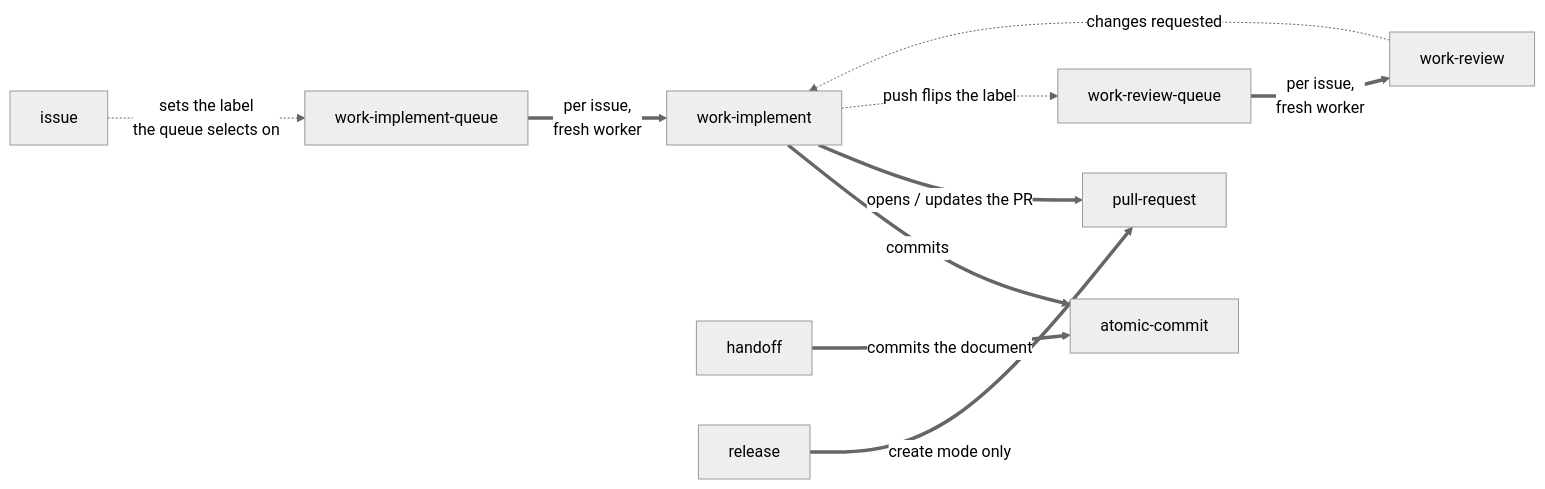
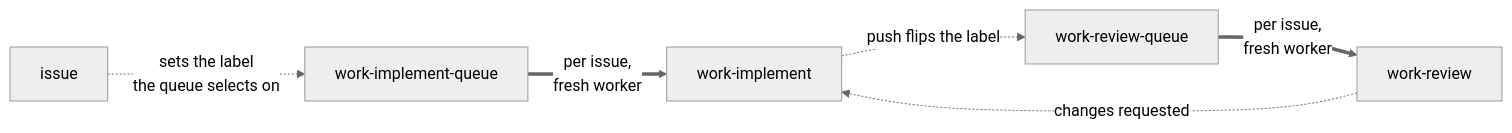
The second of 3 diagrams in docs/3.concepts/1.skill-interplay.md (TitusKirch/skills), drawn with Mermaid (neutral theme) before and after one commit. The commit also changed other lines of this file and 2 other files, not shown here.

Commit message:
docs: untangle the remaining diagram overlaps
Three structural causes, all removed. Subgraph boxes forced node placement and made edges
route around and through them — and the two lanes claimed a symmetry that is not there,
since the implement loop owns three states and the review loop owns one. Ownership moves
to the table underneath, which already had the column for it.

work-implement was a five-edge hub with the queue chain running through it while
atomic-commit and pull-request hung off the side; split into the cycle an issue travels and
the shared workers several skills call, two shapes that each read on their own.

Every diagram is now single-purpose with at most one backward edge.

````diff
--- a/docs/3.concepts/1.skill-interplay.md
+++ b/docs/3.concepts/1.skill-interplay.md
@@ -57,22 +59,8 @@
 ```mermaid
 flowchart LR
-  issue["issue"]
-  wiq["work-implement-queue"]
-  wi["work-implement"]
-  wrq["work-review-queue"]
-  wr["work-review"]
-  ho["handoff"]
-  rel["release"]
-  ac["atomic-commit"]
-  pr["pull-request"]
-
-  issue -.->|"sets the label<br/>the queue selects on"| wiq
-  wiq ==>|"per issue,<br/>fresh worker"| wi
-  wi ==>|"commits"| ac
-  wi ==>|"opens / updates the PR"| pr
-  wi -.->|"push flips the label"| wrq
-  wrq ==>|"per issue,<br/>fresh worker"| wr
+  issue["issue"] -.->|"sets the label<br/>the queue selects on"| wiq["work-implement-queue"]
+  wiq ==>|"per issue,<br/>fresh worker"| wi["work-implement"]
+  wi -.->|"push flips the label"| wrq["work-review-queue"]
+  wrq ==>|"per issue,<br/>fresh worker"| wr["work-review"]
   wr -.->|"changes requested"| wi
-  rel ==>|"create mode only"| pr
-  ho ==>|"commits the document"| ac
 ```
````
